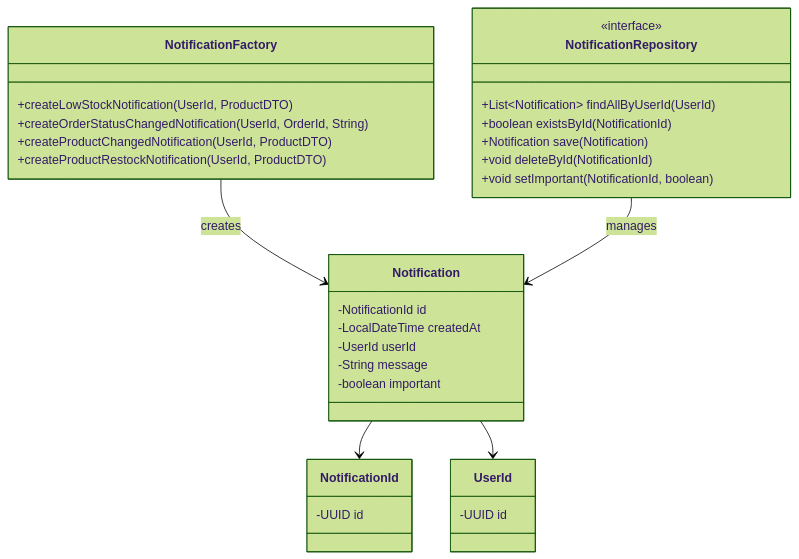
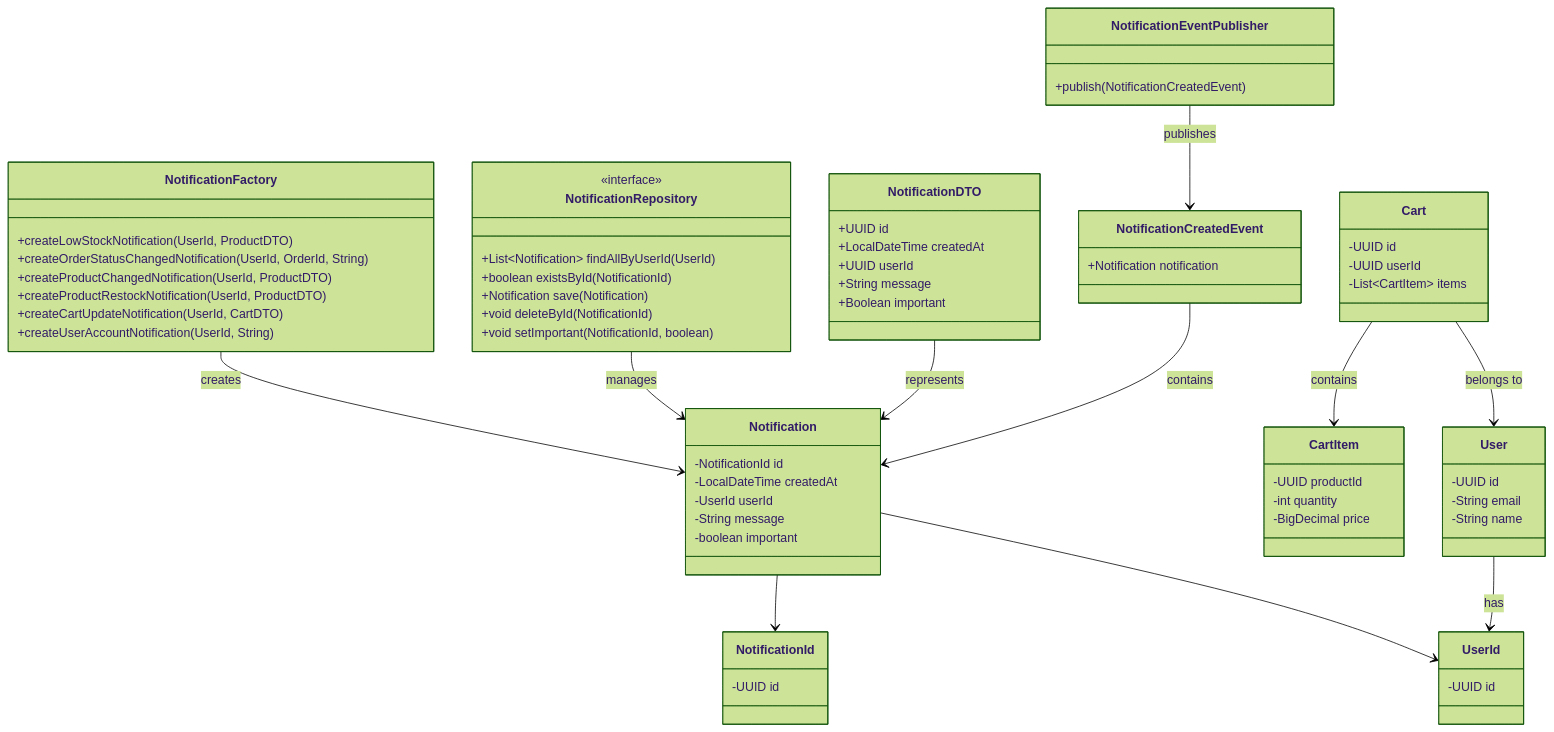
The second of 3 diagrams in README.md (GFTCOMS/WRK25COMMUNICATION), drawn with Mermaid (forest theme) before and after one commit. The commit also changed other lines of this file and 8 other files, not shown here.

````diff
--- a/README.md
+++ b/README.md
@@ -45,39 +51,81 @@
 ```mermaid
 classDiagram
+    class User {
+        -UUID id
+        -String email
+        -String name
+    }
+
+    class Cart {
+        -UUID id
+        -UUID userId
+        -List~CartItem~ items
+    }
+
+    class CartItem {
+        -UUID productId
+        -int quantity
+        -BigDecimal price
+    }
+
     class Notification {
         -NotificationId id
         -LocalDateTime createdAt
         -UserId userId
         -String message
         -boolean important
     }
 
     class NotificationId {
         -UUID id
     }
 
     class UserId {
         -UUID id
     }
 
+    class NotificationDTO {
+        +UUID id
+        +LocalDateTime createdAt
+        +UUID userId
+        +String message
+        +Boolean important
+    }
+
     class NotificationFactory {
         +createLowStockNotification(UserId, ProductDTO)
         +createOrderStatusChangedNotification(UserId, OrderId, String)
         +createProductChangedNotification(UserId, ProductDTO)
         +createProductRestockNotification(UserId, ProductDTO)
+        +createCartUpdateNotification(UserId, CartDTO)
+        +createUserAccountNotification(UserId, String)
     }
 
     class NotificationRepository {
         <<interface>>
         +List~Notification~ findAllByUserId(UserId)
         +boolean existsById(NotificationId)
         +Notification save(Notification)
         +void deleteById(NotificationId)
         +void setImportant(NotificationId, boolean)
     }
 
+    class NotificationCreatedEvent {
+        +Notification notification
+    }
+
+    class NotificationEventPublisher {
+        +publish(NotificationCreatedEvent)
+    }
+
     Notification --> NotificationId
     Notification --> UserId
     NotificationFactory --> Notification : creates
     NotificationRepository --> Notification : manages
+    NotificationDTO --> Notification : represents
+    NotificationCreatedEvent --> Notification : contains
+    NotificationEventPublisher --> NotificationCreatedEvent : publishes
+    User --> UserId : has
+    Cart --> User : belongs to
+    Cart --> CartItem : contains
 ```
````
